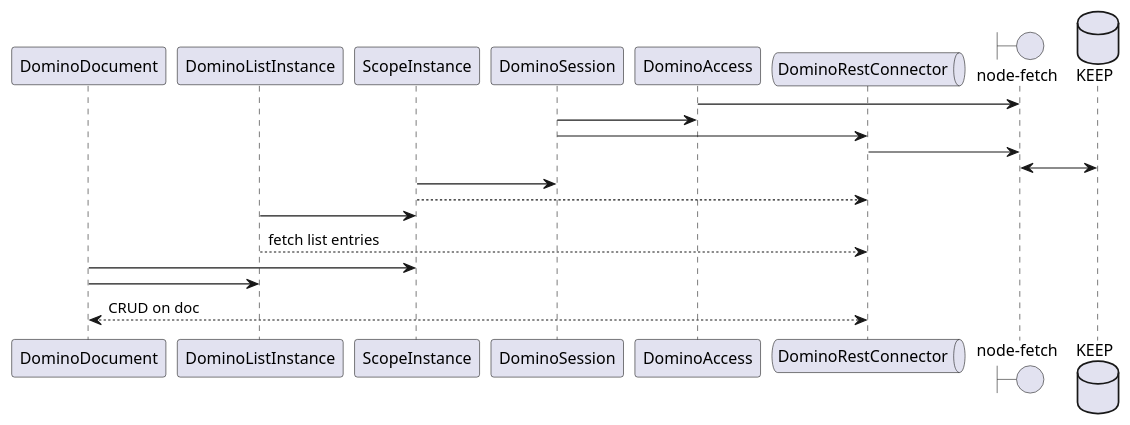
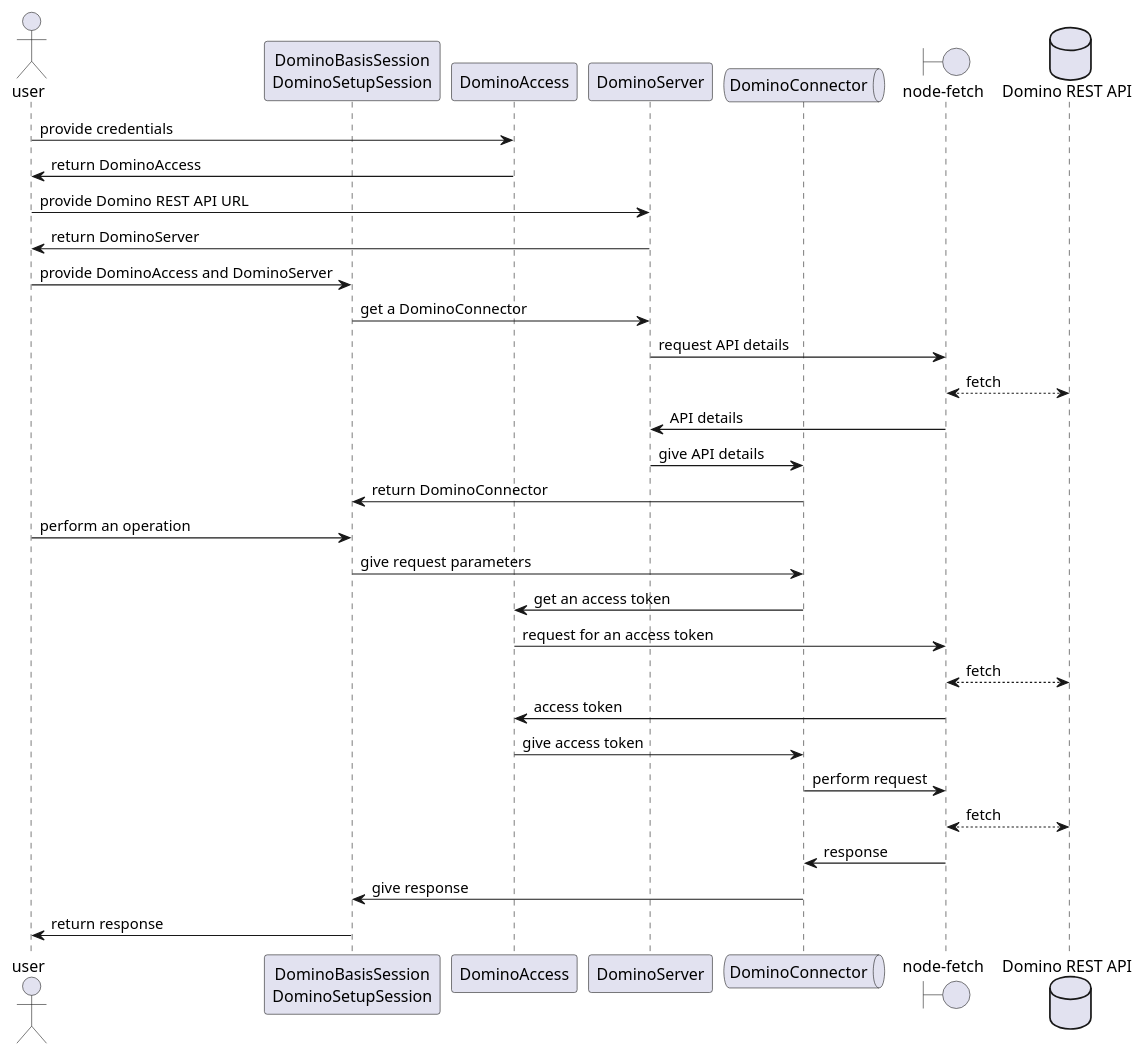
The diagram in docs/sequence.puml (HCL-TECH-SOFTWARE/domino-rest-sdk-node), drawn with PlantUML before and after one commit. The commit also changed 3 other files, not shown here.

```diff
--- a/docs/sequence.puml
+++ b/docs/sequence.puml
@@ -5,24 +5,35 @@
 @startuml SDK sequence
 
-participant DominoDocument as doc
-participant DominoListInstance as dli
-participant ScopeInstance as sic
-participant DominoSession as ds
-participant DominoAccess as dac
-queue DominoRestConnector as drc
+actor user
+participant "DominoBasisSession\nDominoSetupSession" as dss
+participant DominoAccess as da
+participant DominoServer as ds
+queue DominoConnector as dc
 boundary "node-fetch" as nf
-database KEEP as keep
+database "Domino REST API" as drapi
 
-dac -> nf
-ds -> dac
-ds -> drc
-drc -> nf
-nf <-> keep
-sic -> ds
-sic --> drc
-dli -> sic
-dli --> drc : fetch list entries
-doc -> sic
-doc -> dli
-doc <--> drc : CRUD on doc
+user -> da: provide credentials
+da -> user: return DominoAccess
+user -> ds: provide Domino REST API URL
+ds -> user: return DominoServer
+user -> dss: provide DominoAccess and DominoServer
+dss -> ds: get a DominoConnector
+ds -> nf: request API details
+nf <--> drapi: fetch
+nf -> ds: API details
+ds -> dc: give API details
+dc -> dss: return DominoConnector
+user -> dss: perform an operation
+dss -> dc: give request parameters
+dc -> da: get an access token
+da -> nf: request for an access token
+nf <--> drapi: fetch
+nf -> da: access token
+da -> dc: give access token
+dc -> nf: perform request
+nf <--> drapi: fetch
+nf -> dc: response
+dc -> dss: give response
+dss -> user: return response
+
 @enduml
```
